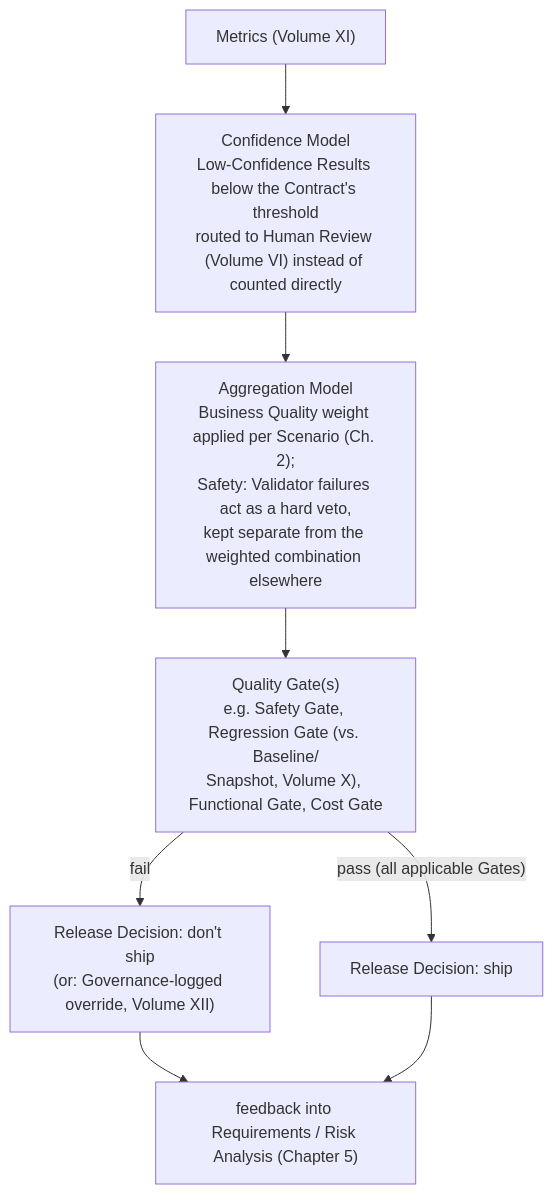
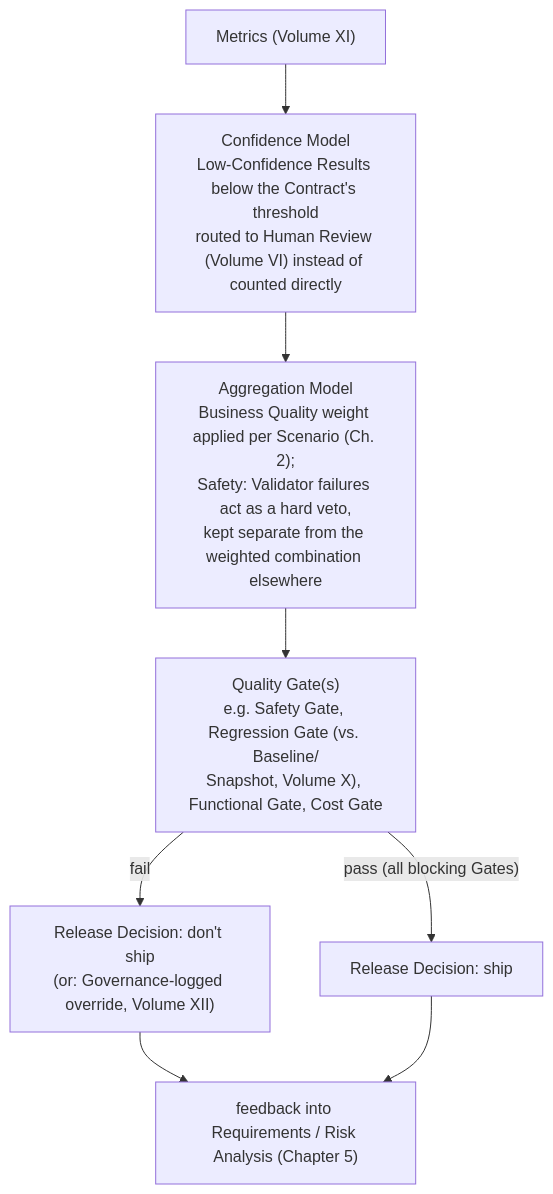
Before and after one commit to igorakymenko-create/AQEF: the third of 3 diagrams in part-i-foundations/volume-i-architecture-concepts.md, drawn with Mermaid. The commit also changed other lines of this file and 25 other files, not shown here.

````diff
--- a/part-i-foundations/volume-i-architecture-concepts.md
+++ b/part-i-foundations/volume-i-architecture-concepts.md
@@ -710,10 +774,10 @@
 ```mermaid
 flowchart TD
     M["Metrics (Volume XI)"] --> CM["Confidence Model<br/>Low-Confidence Results below the Contract's threshold<br/>routed to Human Review (Volume VI) instead of counted directly"]
     CM --> AM["Aggregation Model<br/>Business Quality weight applied per Scenario (Ch. 2);<br/>Safety: Validator failures act as a hard veto,<br/>kept separate from the weighted combination elsewhere"]
     AM --> QG["Quality Gate(s)<br/>e.g. Safety Gate, Regression Gate (vs. Baseline/<br/>Snapshot, Volume X), Functional Gate, Cost Gate"]
     QG -->|fail| RDN["Release Decision: don't ship<br/>(or: Governance-logged override, Volume XII)"]
-    QG -->|"pass (all applicable Gates)"| RDS["Release Decision: ship"]
+    QG -->|"pass (all blocking Gates)"| RDS["Release Decision: ship"]
     RDN --> FB["feedback into Requirements / Risk Analysis (Chapter 5)"]
     RDS --> FB
 ```
````
